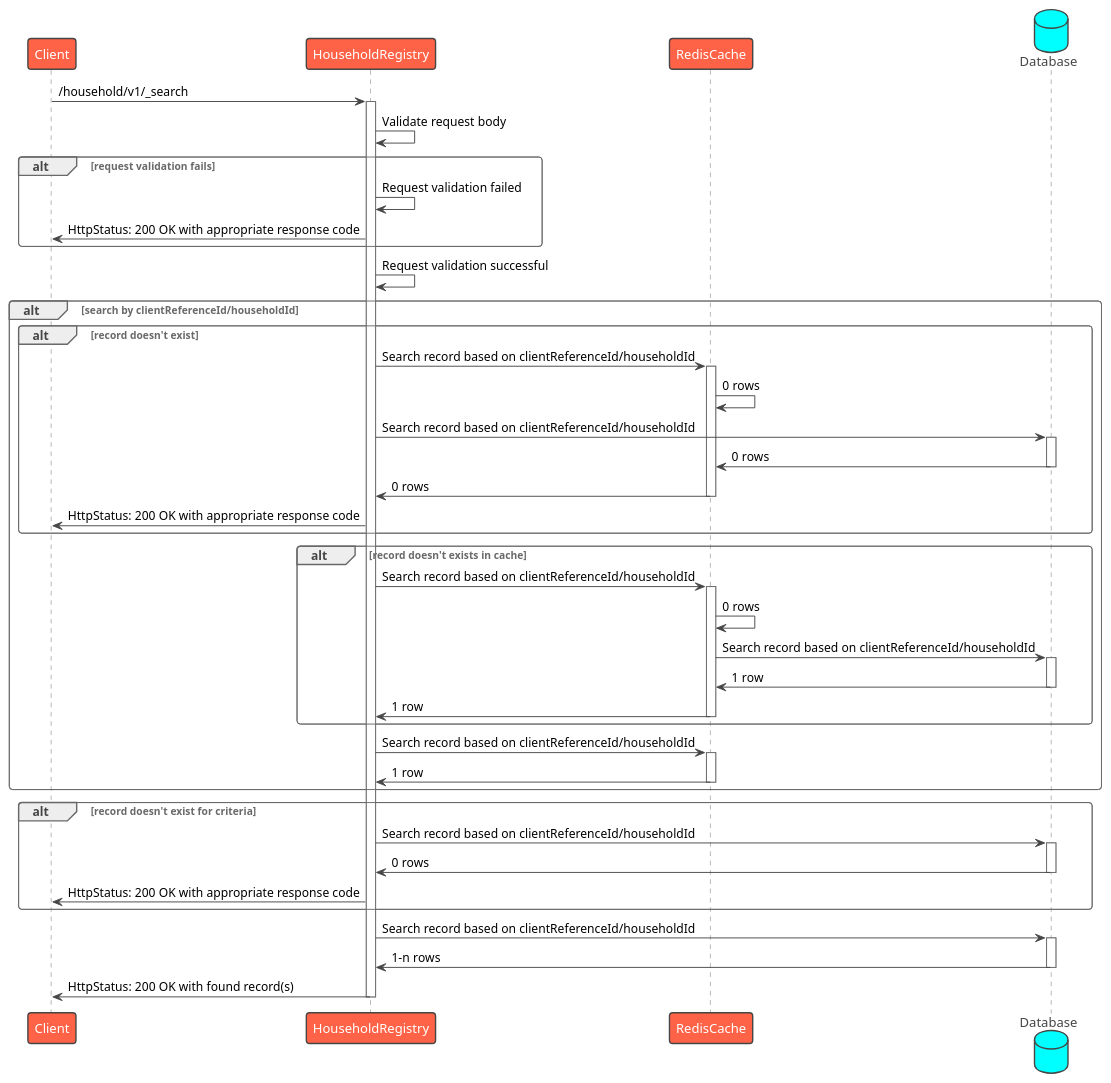
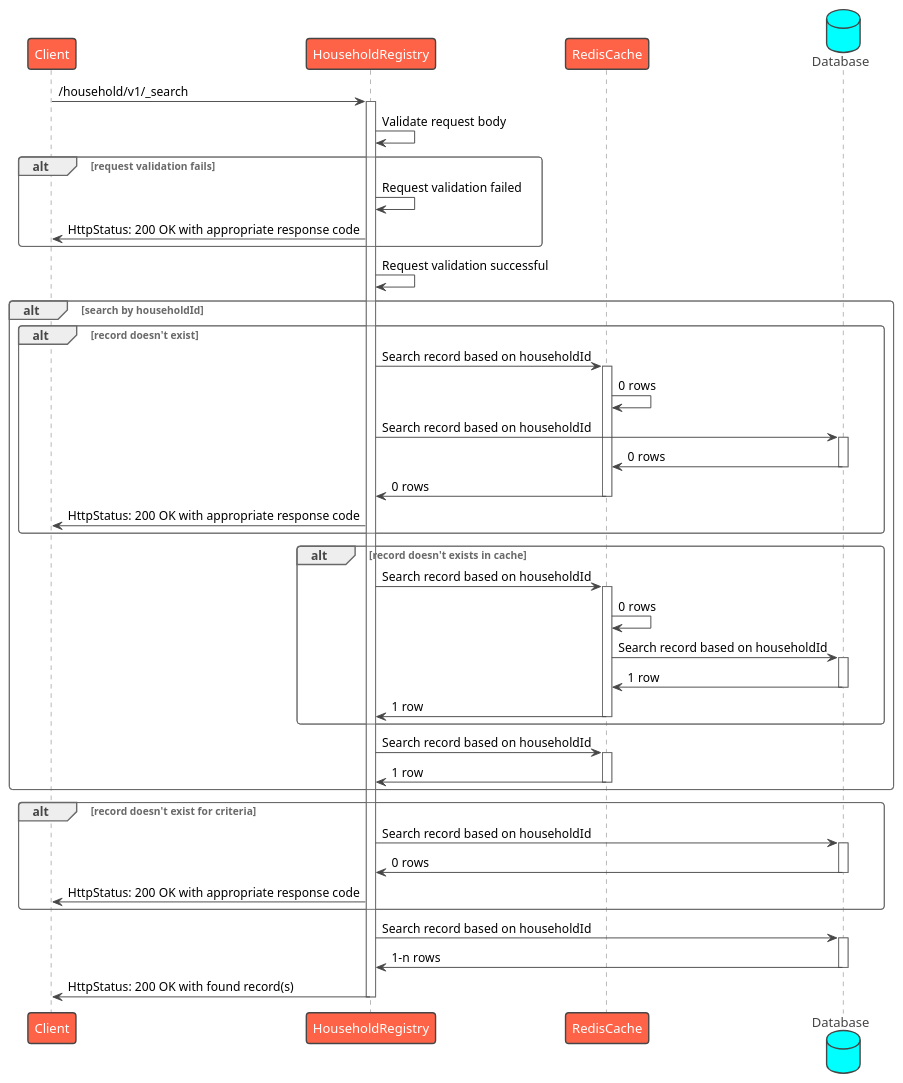
One commit to egovernments/health-api-specs changed the diagram in contracts/registries/household/sequence/search.puml. Above: the diagram before and after it, drawn with PlantUML. The commit also changed 5 other files, not shown here.

First line of the commit message:
Sequence: Removed clientReferenceId

```diff
--- a/contracts/registries/household/sequence/search.puml
+++ b/contracts/registries/household/sequence/search.puml
@@ -1,57 +1,57 @@
 @startuml Household Registry - Search
 !theme vibrant
 participant Client as c
 participant HouseholdRegistry as hr
 participant RedisCache as rc
 database Database as db
 c -> hr : /household/v1/_search
 activate hr
 hr -> hr: Validate request body
 alt request validation fails
     hr -> hr: Request validation failed
     hr -> c: HttpStatus: 200 OK with appropriate response code
 end
 hr -> hr: Request validation successful
-alt search by clientReferenceId/householdId
+alt search by householdId
     alt record doesn't exist
-        hr -> rc: Search record based on clientReferenceId/householdId
+        hr -> rc: Search record based on householdId
         activate rc
         rc -> rc: 0 rows
-        hr -> db: Search record based on clientReferenceId/householdId
+        hr -> db: Search record based on householdId
         activate db
         db -> rc: 0 rows
         deactivate db
         rc -> hr: 0 rows
         deactivate rc
         hr -> c: HttpStatus: 200 OK with appropriate response code
     end
     alt record doesn't exists in cache
-        hr -> rc: Search record based on clientReferenceId/householdId
+        hr -> rc: Search record based on householdId
         activate rc
         rc -> rc: 0 rows
-        rc -> db: Search record based on clientReferenceId/householdId
+        rc -> db: Search record based on householdId
         activate db
         db -> rc: 1 row
         deactivate db
         rc -> hr: 1 row
         deactivate rc
     end
-hr -> rc: Search record based on clientReferenceId/householdId
+hr -> rc: Search record based on householdId
 activate rc
 rc -> hr: 1 row
 deactivate rc
 end
 alt record doesn't exist for criteria
-    hr -> db: Search record based on clientReferenceId/householdId
+    hr -> db: Search record based on householdId
     activate db
     db -> hr: 0 rows
     deactivate db
     hr -> c: HttpStatus: 200 OK with appropriate response code
 end
-hr -> db: Search record based on clientReferenceId/householdId
+hr -> db: Search record based on householdId
 activate db
 db -> hr: 1-n rows
 deactivate db
 hr -> c: HttpStatus: 200 OK with found record(s)
 deactivate hr
 @enduml
```
